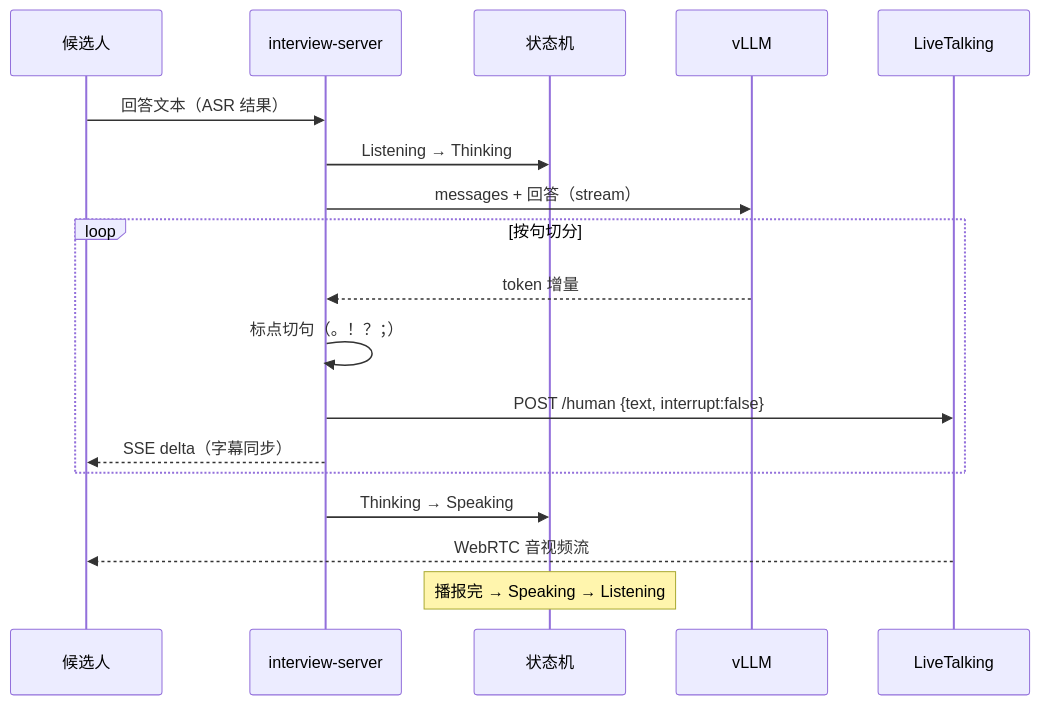
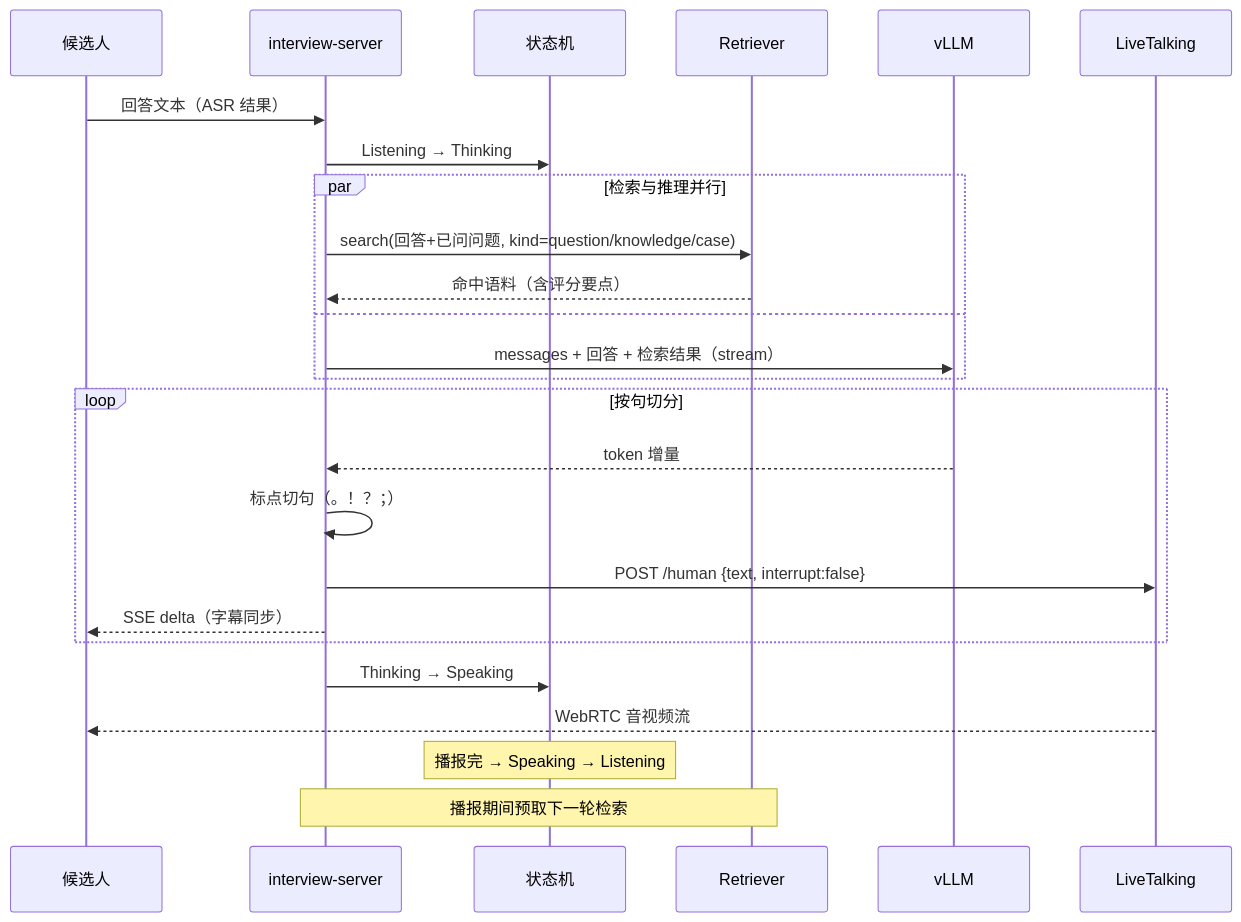
The sixth of 11 diagrams in ARCHITECTURE.md (sublucky/virtual-interviewer), drawn with Mermaid before and after one commit. The commit also changed other lines of this file, not shown here.

````diff
--- a/ARCHITECTURE.md
+++ b/ARCHITECTURE.md
@@ -193,21 +318,28 @@
 ```mermaid
 sequenceDiagram
     participant C as 候选人
     participant API as interview-server
     participant SM as 状态机
+    participant R as Retriever
     participant LLM as vLLM
     participant LT as LiveTalking
 
     C->>API: 回答文本（ASR 结果）
     API->>SM: Listening → Thinking
-    API->>LLM: messages + 回答（stream）
+    par 检索与推理并行
+        API->>R: search(回答+已问问题, kind=question/knowledge/case)
+        R-->>API: 命中语料（含评分要点）
+    and
+        API->>LLM: messages + 回答 + 检索结果（stream）
+    end
     loop 按句切分
         LLM-->>API: token 增量
         API->>API: 标点切句（。！？；）
         API->>LT: POST /human {text, interrupt:false}
         API-->>C: SSE delta（字幕同步）
     end
     API->>SM: Thinking → Speaking
     LT-->>C: WebRTC 音视频流
     Note over SM: 播报完 → Speaking → Listening
+    Note over API,R: 播报期间预取下一轮检索
 ```
````
